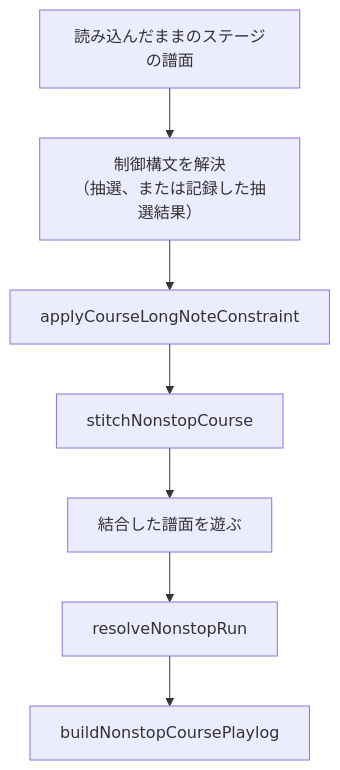
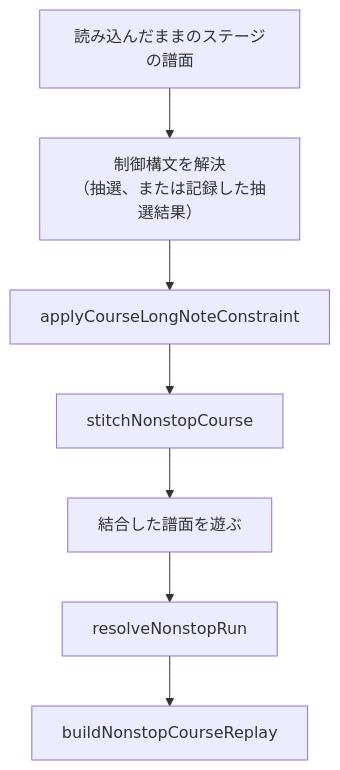
Before and after one commit to nulltask/be-music: the fifth of 8 diagrams in docs/course.ja.md, drawn with Mermaid. The commit also changed other lines of this file and 603 other files, not shown here.

Commit message:
refactor: align chart, replay, and judgment terminology

````diff
--- a/docs/course.ja.md
+++ b/docs/course.ja.md
@@ -157,9 +157,9 @@
 ```mermaid
 flowchart TD
   charts["読み込んだままのステージの譜面"] --> resolve["制御構文を解決<br/>（抽選、または記録した抽選結果）"]
   resolve --> ln["applyCourseLongNoteConstraint"]
   ln --> stitch["stitchNonstopCourse"]
   stitch --> play["結合した譜面を遊ぶ"]
   play --> run["resolveNonstopRun"]
-  run --> log["buildNonstopCoursePlaylog"]
+  run --> log["buildNonstopCourseReplay"]
 ```
````
